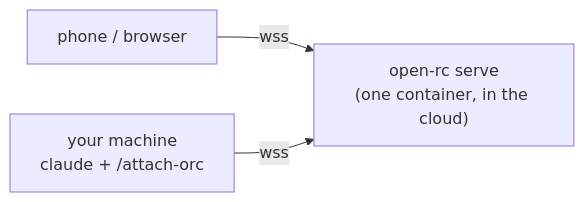
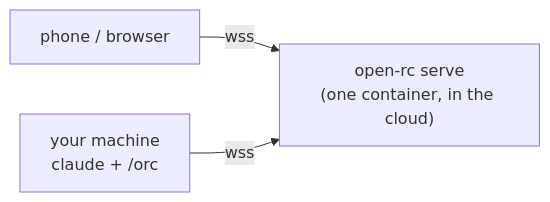
Before and after one commit to Cohey0727/OpenRemoteControl: the diagram in docs/deploy.md, drawn with Mermaid. The commit also changed other lines of this file and 13 other files, not shown here.

````diff
--- a/docs/deploy.md
+++ b/docs/deploy.md
@@ -13,5 +13,5 @@
 ```mermaid
 flowchart LR
     phone["phone / browser"] -- wss --> serve["open-rc serve<br/>(one container, in the cloud)"]
-    machine["your machine<br/>claude + /attach-orc"] -- wss --> serve
+    machine["your machine<br/>claude + /orc"] -- wss --> serve
 ```
````
